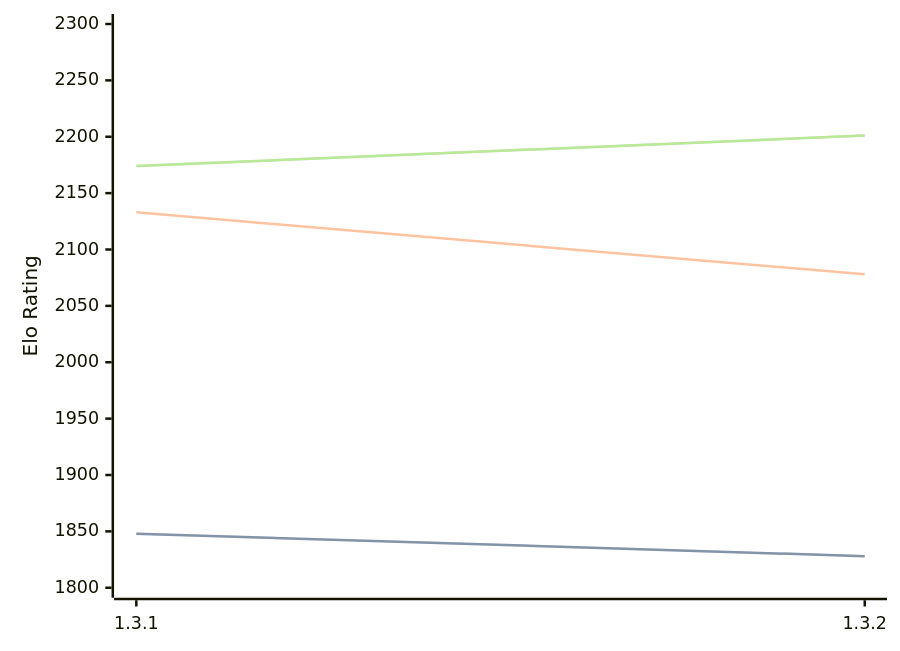
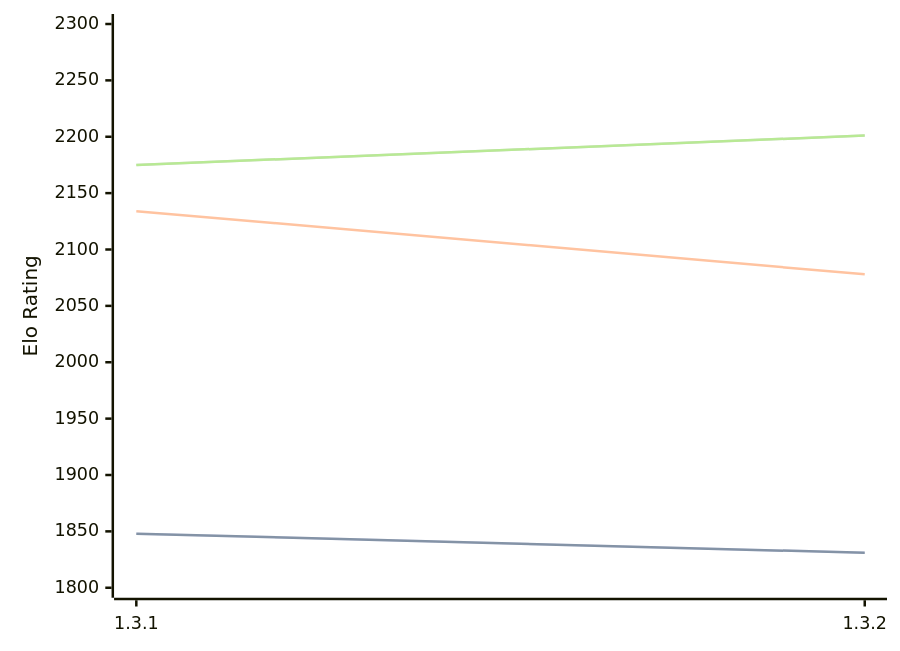
The diagram in engines/Zugblitz.md (computer-chess-index/cci), drawn with Mermaid before and after one commit. The commit also changed other lines of this file, not shown here.

Commit message:
Update CCI Ratings (ELO VLTC) - 2026-07-25

````diff
--- a/engines/Zugblitz.md
+++ b/engines/Zugblitz.md
@@ -32,11 +32,11 @@
 ```mermaid
 %%{init: {"theme":"base","themeVariables":{"seriesColors:['#a3a3a3','#222221','#faa371']}}}%%
 xychart-beta
   x-axis ["1.3.1", "1.3.2"]
   y-axis "Elo Rating" 1800 --> 2300
-  line "STC (8.0+0.08s)" [1848, 1828]
-  line "STC (8.0+0.08s)" [1848, 1828]
-  line "LTC (60.0+0.60s)" [2133, 2078]
-  line "VLTC (2m24s+1.12s)" [2174, 2201]
-  line "VLTC (2m24s+1.12s)" [2174, 2201]
+  line "STC (8.0+0.08s)" [1848, 1831]
+  line "STC (8.0+0.08s)" [1848, 1831]
+  line "LTC (60.0+0.60s)" [2134, 2078]
+  line "VLTC (2m24s+1.12s)" [2175, 2201]
+  line "VLTC (2m24s+1.12s)" [2175, 2201]
 ```
````
